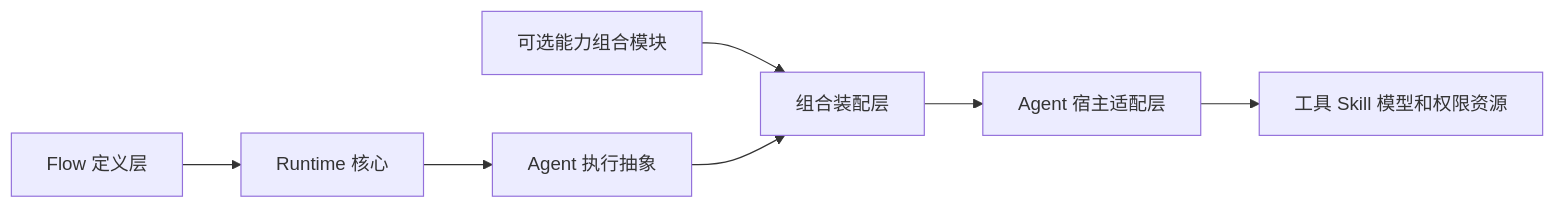
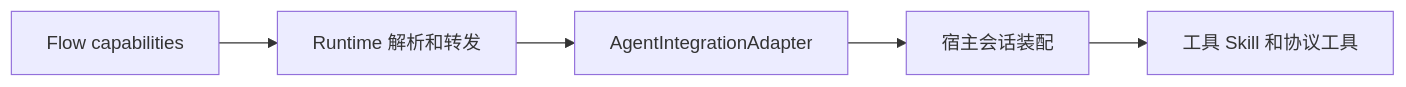
The diagram in docs/architecture/agent-capability-composition.md (JhihJian/Agent-Flow-Runtime), drawn with Mermaid before and after one commit. The commit also changed other lines of this file and 25 other files, not shown here.

Commit message:
实现 Flow 级 Agent 能力隔离

````diff
--- a/docs/architecture/agent-capability-composition.md
+++ b/docs/architecture/agent-capability-composition.md
@@ -11,9 +26,7 @@
 ```mermaid
 flowchart LR
-    definition[Flow 定义层] --> runtime[Runtime 核心]
-    runtime --> port[Agent 执行抽象]
-    capability[可选能力组合模块] --> composition[组合装配层]
-    port --> composition
-    composition --> host[Agent 宿主适配层]
-    host --> resource[工具 Skill 模型和权限资源]
+    flow[Flow capabilities] --> runtime[Runtime 解析和转发]
+    runtime --> contract[AgentIntegrationAdapter]
+    contract --> host[宿主会话装配]
+    host --> session[工具 Skill 和协议工具]
 ```
````
